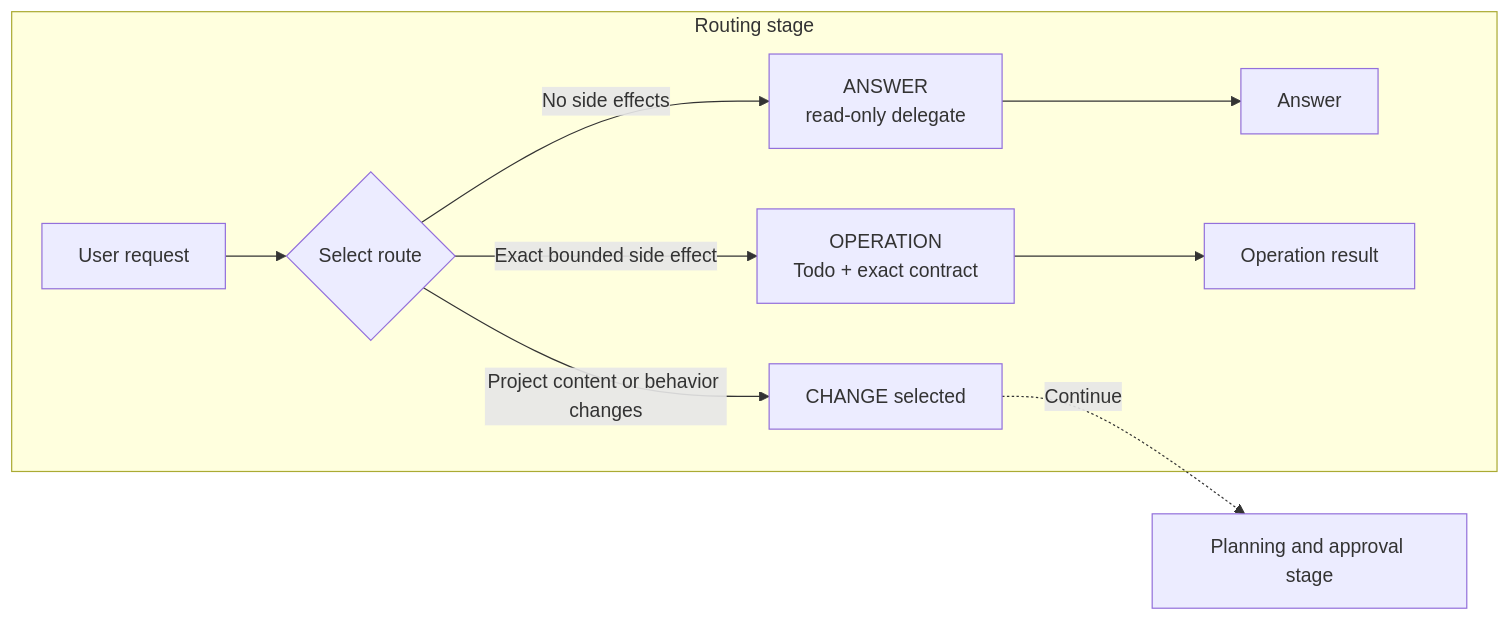
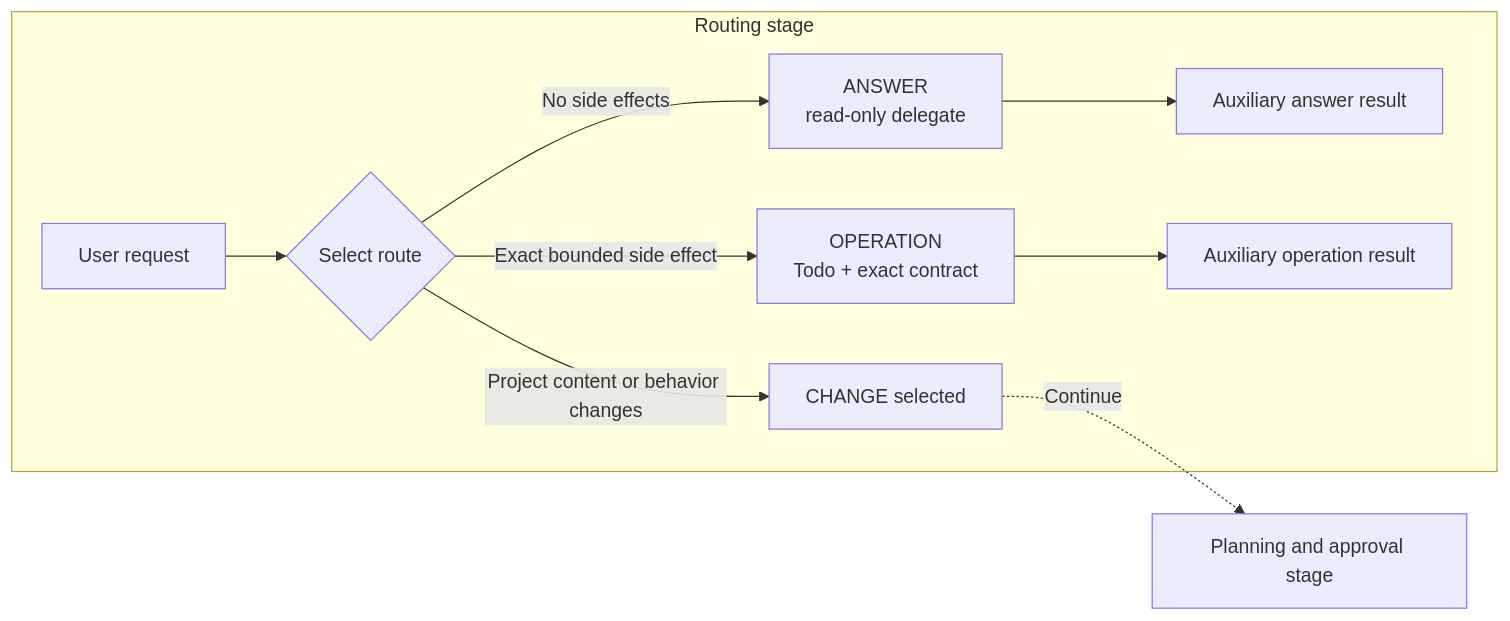
One commit to zhenyumi/simple-opencode-flow changed the first of 3 diagrams in README.md. Above: the diagram before and after it, drawn with Mermaid. The commit also changed other lines of this file and 5 other files, not shown here.

Commit message:
feat: route Flow ANSWER and OPERATION through SOF auxiliaries

````diff
--- a/README.md
+++ b/README.md
@@ -71,12 +71,12 @@
 ```mermaid
 flowchart LR
     subgraph ROUTING["Routing stage"]
         U["User request"] --> R{"Select route"}
         R -- "No side effects" --> A["ANSWER<br/>read-only delegate"]
         R -- "Exact bounded side effect" --> O["OPERATION<br/>Todo + exact contract"]
         R -- "Project content or behavior changes" --> C["CHANGE selected"]
-        A --> AR["Answer"]
-        O --> OR["Operation result"]
+        A --> AR["Auxiliary answer result"]
+        O --> OR["Auxiliary operation result"]
     end
     C -. "Continue" .-> PS["Planning and approval stage"]
 ```
````
